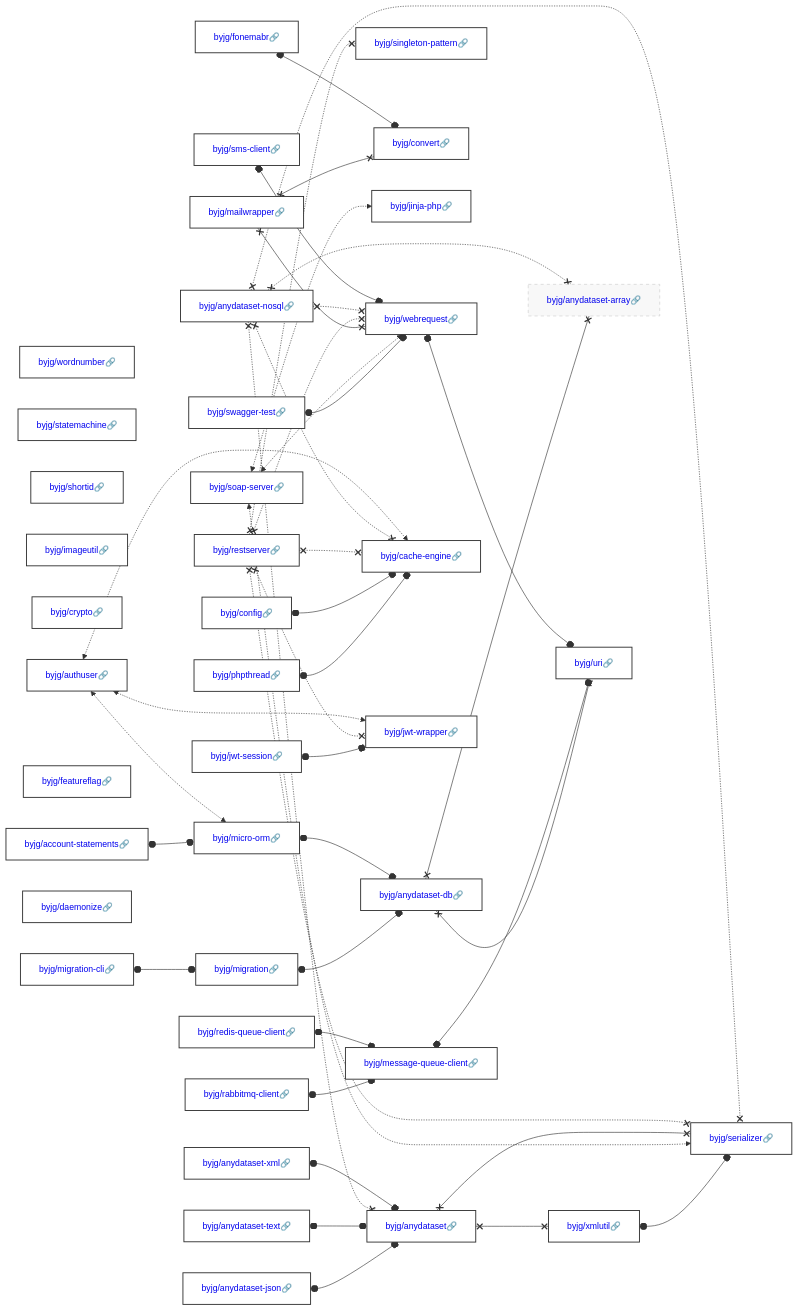
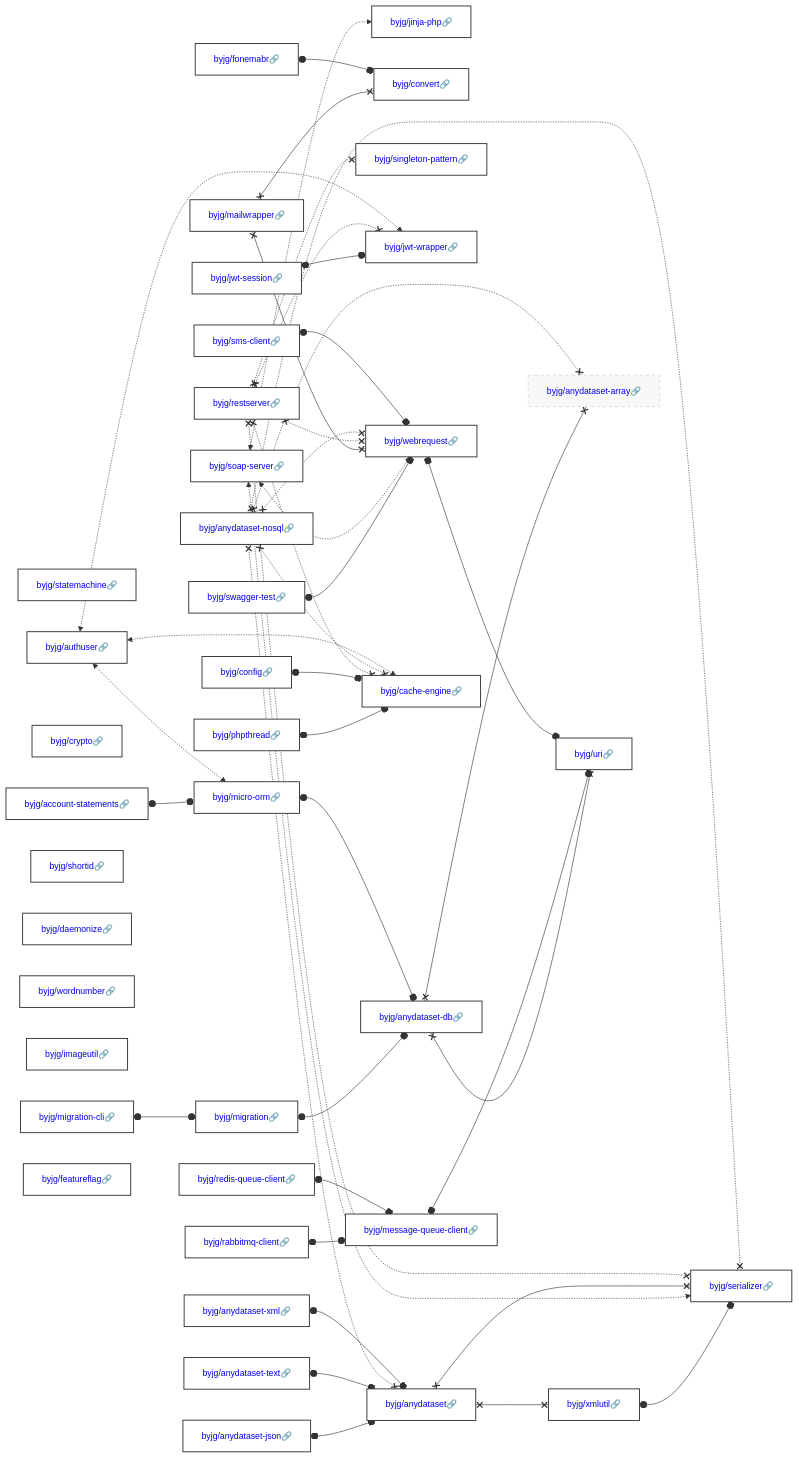
The diagram in docs/php/README.md (byjg/byjg.github.io), drawn with Mermaid before and after one commit. The commit also changed other lines of this file and 1 other file, not shown here.

Commit message:
Update documentation 'php' 'php-statemachine'

````diff
--- a/docs/php/README.md
+++ b/docs/php/README.md
@@ -3,45 +3,45 @@
 ```mermaid
 graph LR;
+  byjg/anydataset-json[<a href='https://opensource.byjg.com/docs/php/anydataset-json' style='text-decoration:none'>byjg/anydataset-json🔗</a>];
+  byjg/anydataset-text[<a href='https://opensource.byjg.com/docs/php/anydataset-text' style='text-decoration:none'>byjg/anydataset-text🔗</a>];
+  byjg/statemachine[<a href='https://opensource.byjg.com/docs/php/statemachine' style='text-decoration:none'>byjg/statemachine🔗</a>];
+  byjg/authuser[<a href='https://opensource.byjg.com/docs/php/authuser' style='text-decoration:none'>byjg/authuser🔗</a>];
+  byjg/crypto[<a href='https://opensource.byjg.com/docs/php/crypto' style='text-decoration:none'>byjg/crypto🔗</a>];
+  byjg/jwt-session[<a href='https://opensource.byjg.com/docs/php/jwt-session' style='text-decoration:none'>byjg/jwt-session🔗</a>];
+  byjg/account-statements[<a href='https://opensource.byjg.com/docs/php/account-statements' style='text-decoration:none'>byjg/account-statements🔗</a>];
+  byjg/redis-queue-client[<a href='https://opensource.byjg.com/docs/php/redis-queue-client' style='text-decoration:none'>byjg/redis-queue-client🔗</a>];
+  byjg/fonemabr[<a href='https://opensource.byjg.com/docs/php/fonemabr' style='text-decoration:none'>byjg/fonemabr🔗</a>];
+  byjg/shortid[<a href='https://opensource.byjg.com/docs/php/shortid' style='text-decoration:none'>byjg/shortid🔗</a>];
+  byjg/sms-client[<a href='https://opensource.byjg.com/docs/php/sms-client' style='text-decoration:none'>byjg/sms-client🔗</a>];
+  byjg/soap-server[<a href='https://opensource.byjg.com/docs/php/soap-server' style='text-decoration:none'>byjg/soap-server🔗</a>];
+  byjg/daemonize[<a href='https://opensource.byjg.com/docs/php/daemonize' style='text-decoration:none'>byjg/daemonize🔗</a>];
   byjg/wordnumber[<a href='https://opensource.byjg.com/docs/php/wordnumber' style='text-decoration:none'>byjg/wordnumber🔗</a>];
-  byjg/statemachine[<a href='https://opensource.byjg.com/docs/php/statemachine' style='text-decoration:none'>byjg/statemachine🔗</a>];
+  byjg/phpthread[<a href='https://opensource.byjg.com/docs/php/phpthread' style='text-decoration:none'>byjg/phpthread🔗</a>];
+  byjg/imageutil[<a href='https://opensource.byjg.com/docs/php/imageutil' style='text-decoration:none'>byjg/imageutil🔗</a>];
+  byjg/swagger-test[<a href='https://opensource.byjg.com/docs/php/swagger-test' style='text-decoration:none'>byjg/swagger-test🔗</a>];
+  byjg/mailwrapper[<a href='https://opensource.byjg.com/docs/php/mailwrapper' style='text-decoration:none'>byjg/mailwrapper🔗</a>];
   byjg/anydataset-xml[<a href='https://opensource.byjg.com/docs/php/anydataset-xml' style='text-decoration:none'>byjg/anydataset-xml🔗</a>];
   byjg/rabbitmq-client[<a href='https://opensource.byjg.com/docs/php/rabbitmq-client' style='text-decoration:none'>byjg/rabbitmq-client🔗</a>];
-  byjg/shortid[<a href='https://opensource.byjg.com/docs/php/shortid' style='text-decoration:none'>byjg/shortid🔗</a>];
-  byjg/mailwrapper[<a href='https://opensource.byjg.com/docs/php/mailwrapper' style='text-decoration:none'>byjg/mailwrapper🔗</a>];
-  byjg/redis-queue-client[<a href='https://opensource.byjg.com/docs/php/redis-queue-client' style='text-decoration:none'>byjg/redis-queue-client🔗</a>];
+  byjg/migration-cli[<a href='https://opensource.byjg.com/docs/php/migration-cli' style='text-decoration:none'>byjg/migration-cli🔗</a>];
+  byjg/config[<a href='https://opensource.byjg.com/docs/php/config' style='text-decoration:none'>byjg/config🔗</a>];
+  byjg/featureflag[<a href='https://opensource.byjg.com/docs/php/featureflag' style='text-decoration:none'>byjg/featureflag🔗</a>];
   byjg/restserver[<a href='https://opensource.byjg.com/docs/php/restserver' style='text-decoration:none'>byjg/restserver🔗</a>];
-  byjg/fonemabr[<a href='https://opensource.byjg.com/docs/php/fonemabr' style='text-decoration:none'>byjg/fonemabr🔗</a>];
-  byjg/imageutil[<a href='https://opensource.byjg.com/docs/php/imageutil' style='text-decoration:none'>byjg/imageutil🔗</a>];
-  byjg/crypto[<a href='https://opensource.byjg.com/docs/php/crypto' style='text-decoration:none'>byjg/crypto🔗</a>];
-  byjg/sms-client[<a href='https://opensource.byjg.com/docs/php/sms-client' style='text-decoration:none'>byjg/sms-client🔗</a>];
-  byjg/account-statements[<a href='https://opensource.byjg.com/docs/php/account-statements' style='text-decoration:none'>byjg/account-statements🔗</a>];
-  byjg/featureflag[<a href='https://opensource.byjg.com/docs/php/featureflag' style='text-decoration:none'>byjg/featureflag🔗</a>];
-  byjg/soap-server[<a href='https://opensource.byjg.com/docs/php/soap-server' style='text-decoration:none'>byjg/soap-server🔗</a>];
-  byjg/jwt-session[<a href='https://opensource.byjg.com/docs/php/jwt-session' style='text-decoration:none'>byjg/jwt-session🔗</a>];
-  byjg/migration-cli[<a href='https://opensource.byjg.com/docs/php/migration-cli' style='text-decoration:none'>byjg/migration-cli🔗</a>];
-  byjg/anydataset-text[<a href='https://opensource.byjg.com/docs/php/anydataset-text' style='text-decoration:none'>byjg/anydataset-text🔗</a>];
-  byjg/swagger-test[<a href='https://opensource.byjg.com/docs/php/swagger-test' style='text-decoration:none'>byjg/swagger-test🔗</a>];
   byjg/anydataset-nosql[<a href='https://opensource.byjg.com/docs/php/anydataset-nosql' style='text-decoration:none'>byjg/anydataset-nosql🔗</a>];
-  byjg/anydataset-json[<a href='https://opensource.byjg.com/docs/php/anydataset-json' style='text-decoration:none'>byjg/anydataset-json🔗</a>];
-  byjg/daemonize[<a href='https://opensource.byjg.com/docs/php/daemonize' style='text-decoration:none'>byjg/daemonize🔗</a>];
-  byjg/phpthread[<a href='https://opensource.byjg.com/docs/php/phpthread' style='text-decoration:none'>byjg/phpthread🔗</a>];
-  byjg/config[<a href='https://opensource.byjg.com/docs/php/config' style='text-decoration:none'>byjg/config🔗</a>];
-  byjg/authuser[<a href='https://opensource.byjg.com/docs/php/authuser' style='text-decoration:none'>byjg/authuser🔗</a>];
+  byjg/micro-orm[<a href='https://opensource.byjg.com/docs/php/micro-orm' style='text-decoration:none'>byjg/micro-orm🔗</a>];
+  byjg/jinja-php[<a href='https://opensource.byjg.com/docs/php/jinja-php' style='text-decoration:none'>byjg/jinja-php🔗</a>];
+  byjg/convert[<a href='https://opensource.byjg.com/docs/php/convert' style='text-decoration:none'>byjg/convert🔗</a>];
   byjg/message-queue-client[<a href='https://opensource.byjg.com/docs/php/message-queue-client' style='text-decoration:none'>byjg/message-queue-client🔗</a>];
+  byjg/migration[<a href='https://opensource.byjg.com/docs/php/migration' style='text-decoration:none'>byjg/migration🔗</a>];
   byjg/singleton-pattern[<a href='https://opensource.byjg.com/docs/php/singleton-pattern' style='text-decoration:none'>byjg/singleton-pattern🔗</a>];
-  byjg/convert[<a href='https://opensource.byjg.com/docs/php/convert' style='text-decoration:none'>byjg/convert🔗</a>];
-  byjg/jinja-php[<a href='https://opensource.byjg.com/docs/php/jinja-php' style='text-decoration:none'>byjg/jinja-php🔗</a>];
-  byjg/migration[<a href='https://opensource.byjg.com/docs/php/migration' style='text-decoration:none'>byjg/migration🔗</a>];
+  byjg/jwt-wrapper[<a href='https://opensource.byjg.com/docs/php/jwt-wrapper' style='text-decoration:none'>byjg/jwt-wrapper🔗</a>];
+  byjg/anydataset[<a href='https://opensource.byjg.com/docs/php/anydataset' style='text-decoration:none'>byjg/anydataset🔗</a>];
   byjg/webrequest[<a href='https://opensource.byjg.com/docs/php/webrequest' style='text-decoration:none'>byjg/webrequest🔗</a>];
-  byjg/anydataset[<a href='https://opensource.byjg.com/docs/php/anydataset' style='text-decoration:none'>byjg/anydataset🔗</a>];
-  byjg/micro-orm[<a href='https://opensource.byjg.com/docs/php/micro-orm' style='text-decoration:none'>byjg/micro-orm🔗</a>];
   byjg/cache-engine[<a href='https://opensource.byjg.com/docs/php/cache-engine' style='text-decoration:none'>byjg/cache-engine🔗</a>];
-  byjg/jwt-wrapper[<a href='https://opensource.byjg.com/docs/php/jwt-wrapper' style='text-decoration:none'>byjg/jwt-wrapper🔗</a>];
+  byjg/anydataset-db[<a href='https://opensource.byjg.com/docs/php/anydataset-db' style='text-decoration:none'>byjg/anydataset-db🔗</a>];
   byjg/xmlutil[<a href='https://opensource.byjg.com/docs/php/xmlutil' style='text-decoration:none'>byjg/xmlutil🔗</a>];
-  byjg/anydataset-db[<a href='https://opensource.byjg.com/docs/php/anydataset-db' style='text-decoration:none'>byjg/anydataset-db🔗</a>];
-  byjg/serializer[<a href='https://opensource.byjg.com/docs/php/serializer' style='text-decoration:none'>byjg/serializer🔗</a>];
   byjg/anydataset-array[<a href='https://opensource.byjg.com/docs/php/anydataset-array' style='text-decoration:none'>byjg/anydataset-array🔗</a>];
   byjg/uri[<a href='https://opensource.byjg.com/docs/php/uri' style='text-decoration:none'>byjg/uri🔗</a>];
+  byjg/serializer[<a href='https://opensource.byjg.com/docs/php/serializer' style='text-decoration:none'>byjg/serializer🔗</a>];
   byjg/xmlutil o--o byjg/serializer;
   byjg/rabbitmq-client o--o byjg/message-queue-client;
   byjg/migration o--o byjg/anydataset-db;
````
